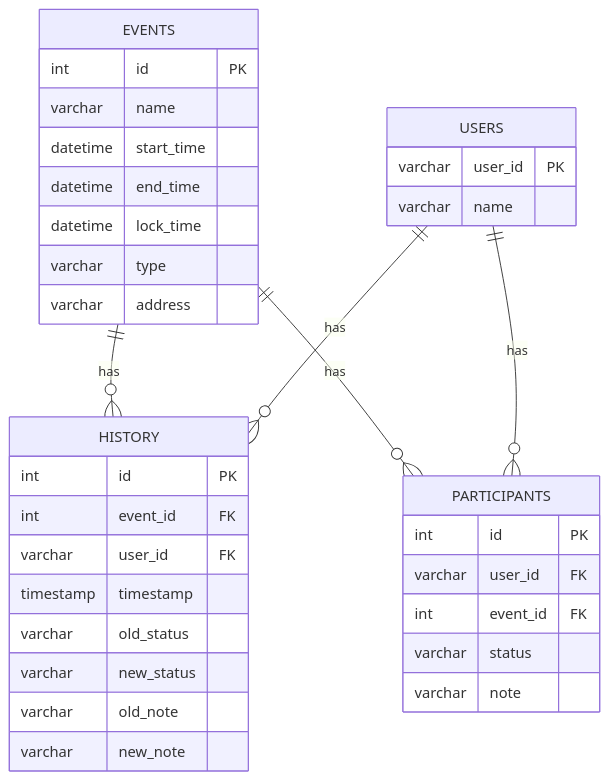
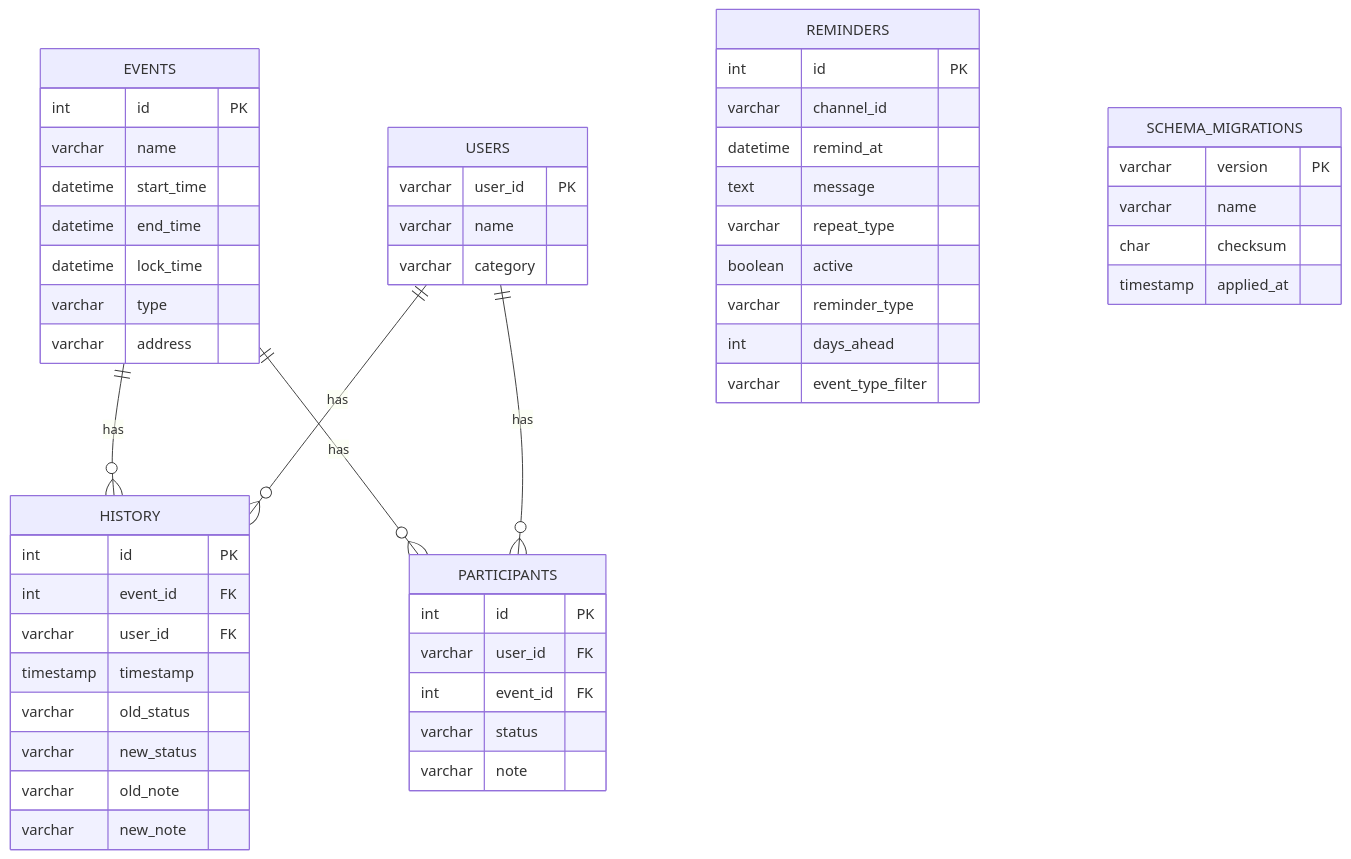
The diagram in database_schema.md (W4jzy/slack-attendance), drawn with Mermaid before and after one commit. The commit also changed 37 other files, not shown here.

````diff
--- a/database_schema.md
+++ b/database_schema.md
@@ -6,38 +6,56 @@
 ```mermaid
 erDiagram
     EVENTS {
         int id PK
         varchar name
         datetime start_time
         datetime end_time
         datetime lock_time
         varchar type
         varchar address
     }
     PARTICIPANTS {
         int id PK
         varchar user_id FK
         int event_id FK
         varchar status
         varchar note
     }
     USERS {
         varchar user_id PK
         varchar name
+        varchar category
+    }
+    REMINDERS {
+        int id PK
+        varchar channel_id
+        datetime remind_at
+        text message
+        varchar repeat_type
+        boolean active
+        varchar reminder_type
+        int days_ahead
+        varchar event_type_filter
+    }
+    SCHEMA_MIGRATIONS {
+        varchar version PK
+        varchar name
+        char checksum
+        timestamp applied_at
     }
     HISTORY {
         int id PK
         int event_id FK
         varchar user_id FK
         timestamp timestamp
         varchar old_status
         varchar new_status
         varchar old_note
         varchar new_note
     }
 
     EVENTS ||--o{ HISTORY: "has"
     EVENTS ||--o{ PARTICIPANTS: "has"
     USERS ||--o{ HISTORY: "has"
     USERS ||--o{ PARTICIPANTS: "has"
 ```
````
